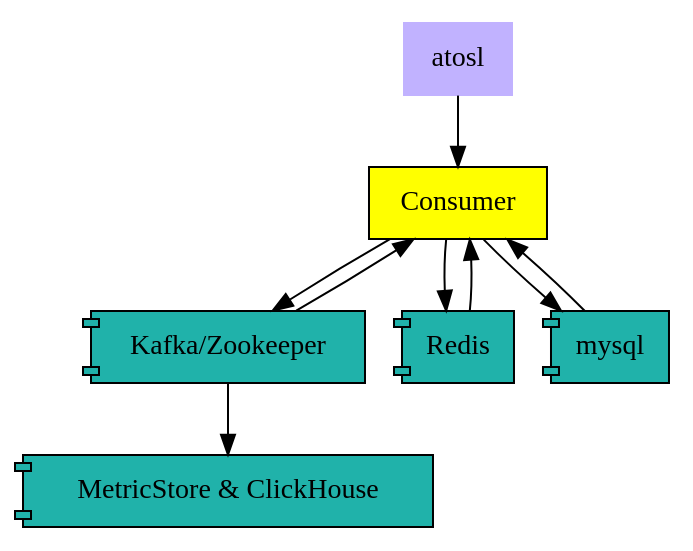
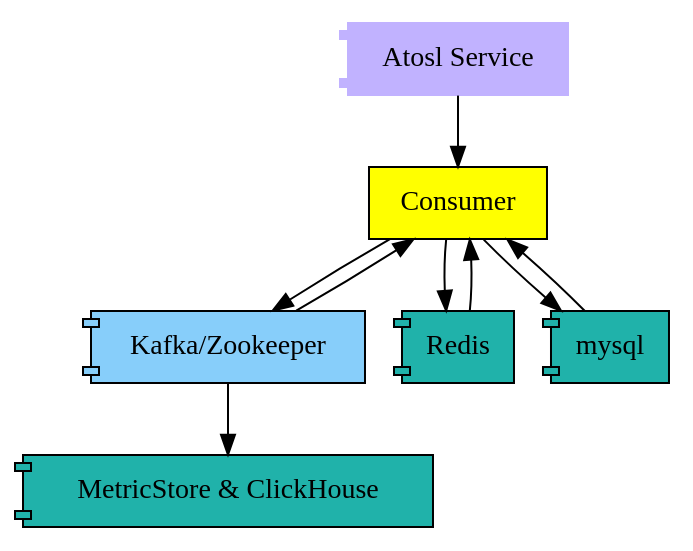
The third of 5 diagrams in docs/installing/architecture.rst (gardenias/docs-test), drawn with Graphviz before and after one commit. The commit also changed other lines of this file, not shown here.

Commit message:
same node same label

```diff
--- a/docs/installing/architecture.rst
+++ b/docs/installing/architecture.rst
@@ -108,17 +108,17 @@
 .. graphviz::
 
     digraph Consumer {
 
   	node [fontsize=14, shape=box, style="filled", fillcolor=white]
   	con [label="Consumer", fillcolor=yellow]
-    k [label="Kafka/Zookeeper", shape="component", fillcolor="lightseagreen"]
+    k [label="Kafka/Zookeeper", shape="component", fillcolor="lightskyblue"]
     r [label="Redis", shape="component", fillcolor="lightseagreen"]
     m [label="mysql", shape="component", fillcolor="lightseagreen"]
 
   	metric [label="MetricStore & ClickHouse", shape="component", fillcolor="lightseagreen", style="filled"];
 
-    osl [label="atosl", shape=box,style=filled,color=".7 .3 1.0", fillcolor=".7 .3 1.0"]
+    osl [label="Atosl Service", shape=component,style=filled,color=".7 .3 1.0", fillcolor=".7 .3 1.0"]
 
     {m,r,k,osl} -> con -> {m,k,r}
     k -> metric;
   }
```
